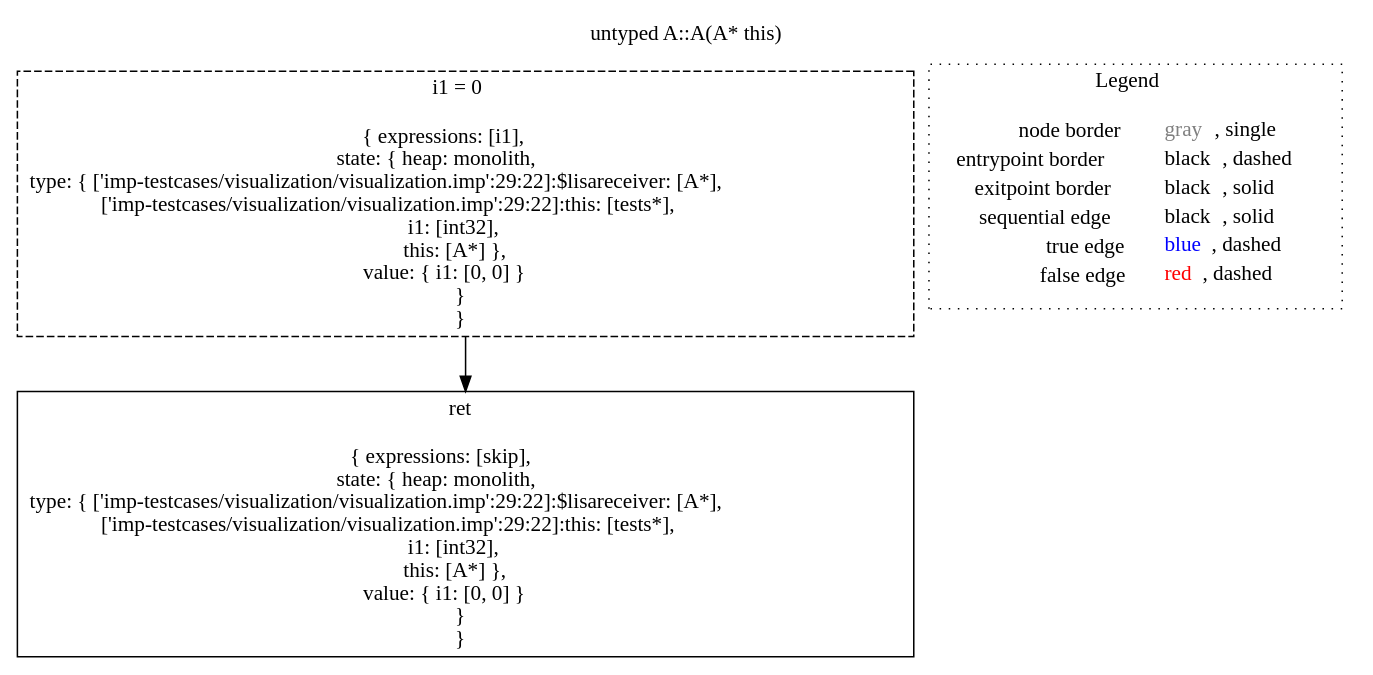
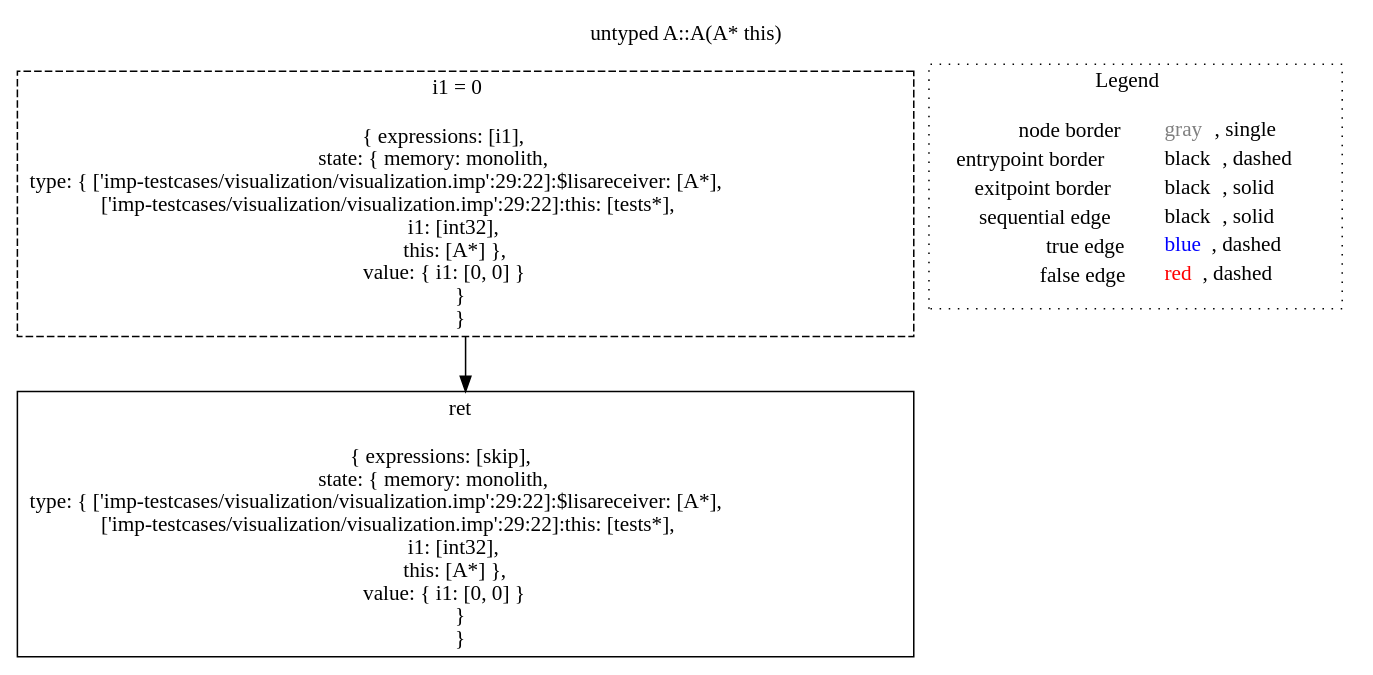
One commit to lisa-analyzer/lisa changed the diagram in lisa/lisa-analyses/imp-testcases/visualization/dot/untyped_A.A(A__this)_-1778639473.dot. Above: the diagram before and after it, drawn with Graphviz. The commit also changed 930 other files, not shown here.

Commit message:
Rename heap to memory #127

```diff
--- a/lisa/lisa-analyses/imp-testcases/visualization/dot/untyped_A.A(A__this)_-1778639473.dot
+++ b/lisa/lisa-analyses/imp-testcases/visualization/dot/untyped_A.A(A__this)_-1778639473.dot
@@ -1,12 +1,12 @@
 digraph "untyped A::A(A* this)" {
 edge ["dir"="forward"]
 graph ["label"="untyped A::A(A* this)","labelloc"="t"]
-"node0" ["label"=<i1 = 0<br/><br/>{ expressions: [i1],<br/>state: { heap: monolith,<br/>type: { ['imp-testcases/visualization/visualization.imp':29:22]:$lisareceiver: [A*],<br/>['imp-testcases/visualization/visualization.imp':29:22]:this: [tests*],<br/>i1: [int32],<br/>this: [A*] },<br/>value: { i1: [0, 0] }<br/> }<br/> }<br/>>,"shape"="rect","id"="node0","color"="black","style"="dashed"]
-"node3" ["label"=<ret<br/><br/>{ expressions: [skip],<br/>state: { heap: monolith,<br/>type: { ['imp-testcases/visualization/visualization.imp':29:22]:$lisareceiver: [A*],<br/>['imp-testcases/visualization/visualization.imp':29:22]:this: [tests*],<br/>i1: [int32],<br/>this: [A*] },<br/>value: { i1: [0, 0] }<br/> }<br/> }<br/>>,"shape"="rect","id"="node3","color"="black"]
+"node0" ["label"=<i1 = 0<br/><br/>{ expressions: [i1],<br/>state: { memory: monolith,<br/>type: { ['imp-testcases/visualization/visualization.imp':29:22]:$lisareceiver: [A*],<br/>['imp-testcases/visualization/visualization.imp':29:22]:this: [tests*],<br/>i1: [int32],<br/>this: [A*] },<br/>value: { i1: [0, 0] }<br/> }<br/> }<br/>>,"shape"="rect","id"="node0","color"="black","style"="dashed"]
+"node3" ["label"=<ret<br/><br/>{ expressions: [skip],<br/>state: { memory: monolith,<br/>type: { ['imp-testcases/visualization/visualization.imp':29:22]:$lisareceiver: [A*],<br/>['imp-testcases/visualization/visualization.imp':29:22]:this: [tests*],<br/>i1: [int32],<br/>this: [A*] },<br/>value: { i1: [0, 0] }<br/> }<br/> }<br/>>,"shape"="rect","id"="node3","color"="black"]
 subgraph "cluster_legend" {
 edge ["dir"="none"]
 graph ["label"=<Legend>,"style"="dotted"]
 "legend" ["label"=<<table border="0" cellpadding="2" cellspacing="0" cellborder="0"><tr><td align="right">node border&nbsp;</td><td align="left"><font color="gray">gray</font>, single</td></tr><tr><td align="right">entrypoint border&nbsp;</td><td align="left"><font color="black">black</font>, dashed</td></tr><tr><td align="right">exitpoint border&nbsp;</td><td align="left"><font color="black">black</font>, solid</td></tr><tr><td align="right">sequential edge&nbsp;</td><td align="left"><font color="black">black</font>, solid</td></tr><tr><td align="right">true edge&nbsp;</td><td align="left"><font color="blue">blue</font>, dashed</td></tr><tr><td align="right">false edge&nbsp;</td><td align="left"><font color="red">red</font>, dashed</td></tr></table>>,"shape"="none"]
 }
 "node0" -> "node3" ["color"="black"]
 }
```
